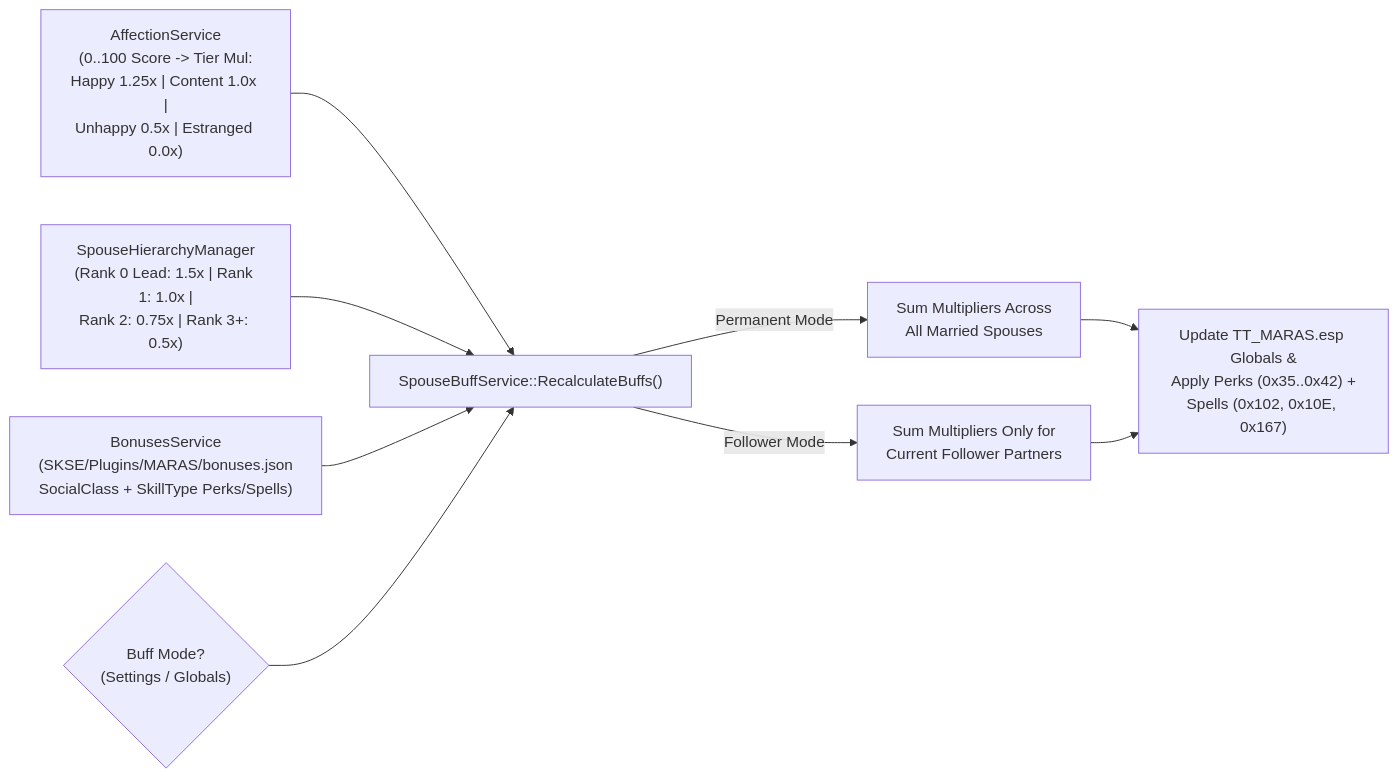
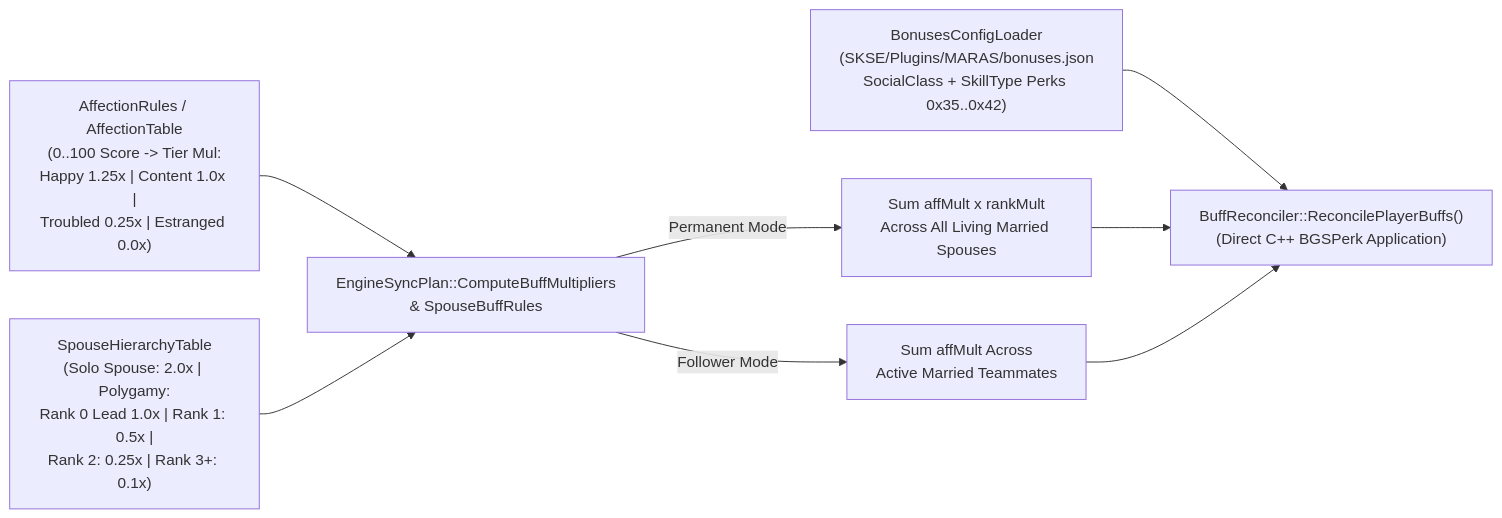
The first of 2 diagrams in docs/modder/HOUSEHOLD_AND_CHILDREN_ARCHITECTURE.md (tetherball88/maras), drawn with Mermaid before and after one commit. The commit also changed other lines of this file and 120 other files, not shown here.

Commit message:
P4.3 — Final Architectural Sign-Off & Documentation Sync

````diff
--- a/docs/modder/HOUSEHOLD_AND_CHILDREN_ARCHITECTURE.md
+++ b/docs/modder/HOUSEHOLD_AND_CHILDREN_ARCHITECTURE.md
@@ -9,11 +9,10 @@
 ```mermaid
 flowchart LR
-    Aff["AffectionService\n(0..100 Score -> Tier Mul:\nHappy 1.25x | Content 1.0x |\nUnhappy 0.5x | Estranged 0.0x)"] --> Calc["SpouseBuffService::RecalculateBuffs()"]
-    Hier["SpouseHierarchyManager\n(Rank 0 Lead: 1.5x | Rank 1: 1.0x |\nRank 2: 0.75x | Rank 3+: 0.5x)"] --> Calc
-    Bonus["BonusesService\n(SKSE/Plugins/MARAS/bonuses.json\nSocialClass + SkillType Perks/Spells)"] --> Calc
-    Mode{"Buff Mode?\n(Settings / Globals)"} --> Calc
-    Calc -- "Permanent Mode" --> AllSpouses["Sum Multipliers Across\nAll Married Spouses"]
-    Calc -- "Follower Mode" --> Teammates["Sum Multipliers Only for\nCurrent Follower Partners"]
-    AllSpouses --> Apply["Update TT_MARAS.esp Globals &\nApply Perks (0x35..0x42) +\nSpells (0x102, 0x10E, 0x167)"]
+    Aff["AffectionRules / AffectionTable\n(0..100 Score -> Tier Mul:\nHappy 1.25x | Content 1.0x |\nTroubled 0.25x | Estranged 0.0x)"] --> Plan["EngineSyncPlan::ComputeBuffMultipliers\n& SpouseBuffRules"]
+    Hier["SpouseHierarchyTable\n(Solo Spouse: 2.0x | Polygamy:\nRank 0 Lead 1.0x | Rank 1: 0.5x |\nRank 2: 0.25x | Rank 3+: 0.1x)"] --> Plan
+    Bonus["BonusesConfigLoader\n(SKSE/Plugins/MARAS/bonuses.json\nSocialClass + SkillType Perks 0x35..0x42)"] --> Apply["BuffReconciler::ReconcilePlayerBuffs()\n(Direct C++ BGSPerk Application)"]
+    Plan -- "Permanent Mode" --> AllSpouses["Sum affMult x rankMult\nAcross All Living Married Spouses"]
+    Plan -- "Follower Mode" --> Teammates["Sum affMult Across\nActive Married Teammates"]
+    AllSpouses --> Apply
     Teammates --> Apply
 ```
````
